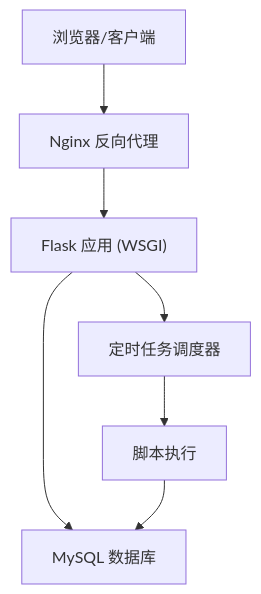
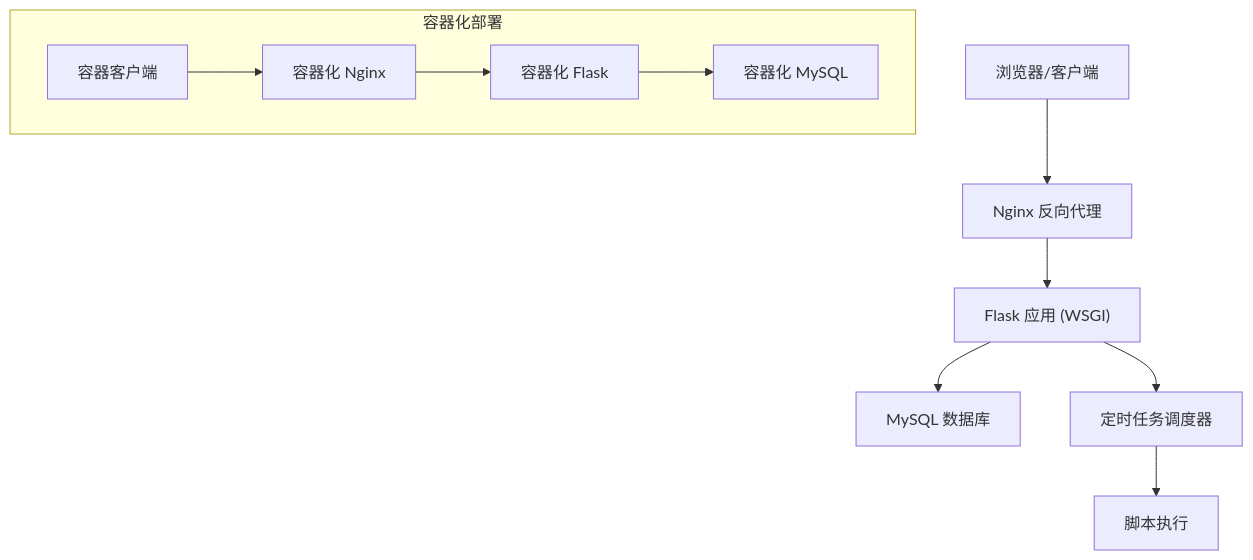
One commit to ismine3/OPS changed the second of 4 diagrams in .qoder/repowiki/zh/content/部署与运维/部署与运维.md. Above: the diagram before and after it, drawn with Mermaid. The commit also changed other lines of this file and 32 other files, not shown here.

````diff
--- a/.qoder/repowiki/zh/content/部署与运维/部署与运维.md
+++ b/.qoder/repowiki/zh/content/部署与运维/部署与运维.md
@@ -93,9 +120,13 @@
 ```mermaid
 graph TB
 Client["浏览器/客户端"] --> Nginx["Nginx 反向代理"]
 Nginx --> Flask["Flask 应用 (WSGI)"]
 Flask --> DB["MySQL 数据库"]
 Flask --> Scheduler["定时任务调度器"]
 Scheduler --> Scripts["脚本执行"]
-Scripts --> DB
+subgraph "容器化部署"
+ContainerClient["容器客户端"] --> ContainerNginx["容器化 Nginx"]
+ContainerNginx --> ContainerFlask["容器化 Flask"]
+ContainerFlask --> ContainerMySQL["容器化 MySQL"]
+end
 ```
````
